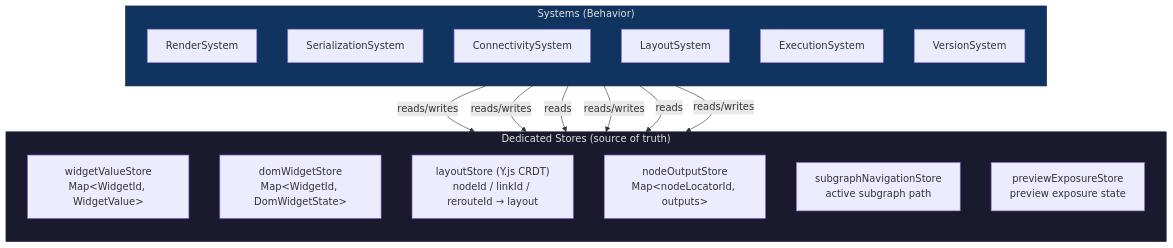
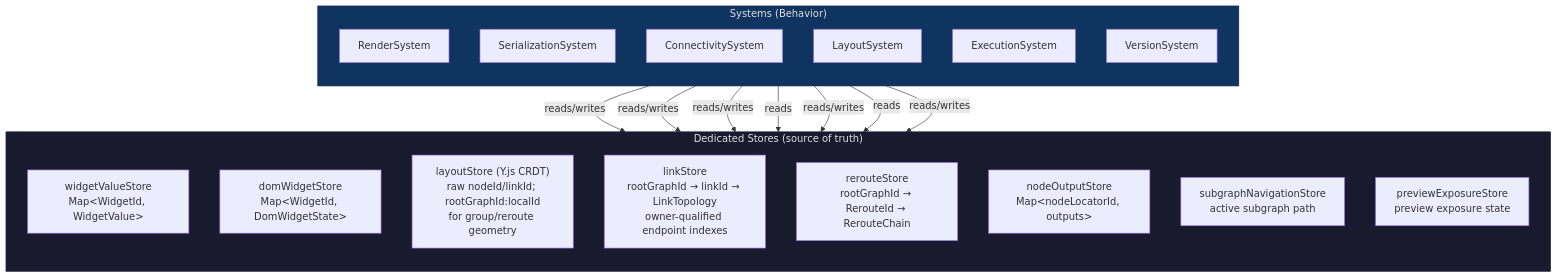
One commit to Comfy-Org/ComfyUI_frontend changed the first of 12 diagrams in docs/architecture/ecs-target-architecture.md. Above: the diagram before and after it, drawn with Mermaid. The commit also changed other lines of this file and 372 other files, not shown here.

````diff
--- a/docs/architecture/ecs-target-architecture.md
+++ b/docs/architecture/ecs-target-architecture.md
@@ -12,38 +12,45 @@
 ```mermaid
 graph TD
     subgraph Stores["Dedicated Stores (source of truth)"]
         direction TB
         WidgetValueStore["widgetValueStore
 Map&lt;WidgetId, WidgetValue&gt;"]
         DomWidgetStore["domWidgetStore
 Map&lt;WidgetId, DomWidgetState&gt;"]
         LayoutStore["layoutStore (Y.js CRDT)
-nodeId / linkId / rerouteId → layout"]
+raw nodeId/linkId; rootGraphId:localId
+for group/reroute geometry"]
+        LinkStore["linkStore
+rootGraphId → linkId → LinkTopology
+owner-qualified endpoint indexes"]
+        RerouteStore["rerouteStore
+rootGraphId → RerouteId → RerouteChain"]
         NodeOutputStore["nodeOutputStore
 Map&lt;nodeLocatorId, outputs&gt;"]
         SubgraphNavStore["subgraphNavigationStore
 active subgraph path"]
         PreviewExposureStore["previewExposureStore
 preview exposure state"]
     end
 
     subgraph Systems["Systems (Behavior)"]
         direction TB
         RS["RenderSystem"]
         SS["SerializationSystem"]
         CS["ConnectivitySystem"]
         LS["LayoutSystem"]
         ES["ExecutionSystem"]
         VS["VersionSystem"]
     end
 
     RS -->|reads| Stores
     SS -->|reads/writes| Stores
-    CS -->|reads/writes| LayoutStore
+    CS -->|reads/writes| LinkStore
+    CS -->|reads/writes| RerouteStore
     LS -->|reads/writes| LayoutStore
     ES -->|reads| NodeOutputStore
     VS -->|reads/writes| LayoutStore
 
     style Stores fill:#1a1a2e,stroke:#16213e,color:#e0e0e0
     style Systems fill:#0f3460,stroke:#16213e,color:#e0e0e0
 ```
````
